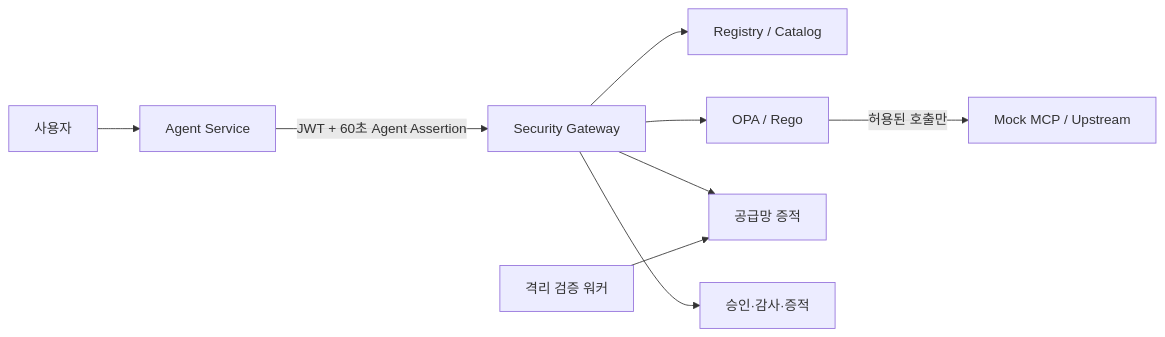
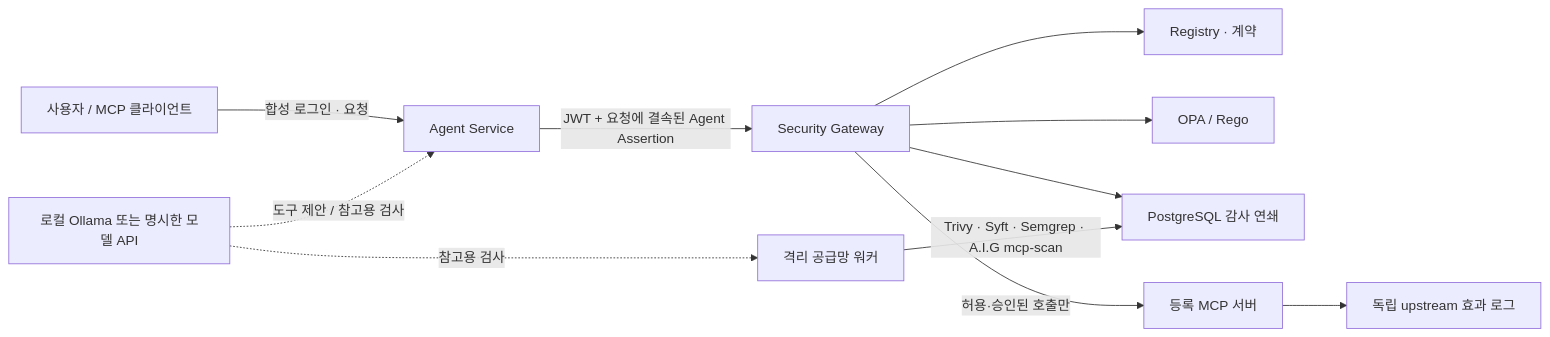
One commit to MCP-governance/mcp-gateway changed the first of 2 diagrams in README.md. Above: the diagram before and after it, drawn with Mermaid. The commit also changed other lines of this file and 21 other files, not shown here.

```diff
--- a/README.md
+++ b/README.md
@@ -59,11 +27,13 @@
 ~~~mermaid
 flowchart LR
-    U[사용자] --> A[Agent Service]
-    A -->|JWT + 60초 Agent Assertion| G[Security Gateway]
-    G --> R[Registry / Catalog]
-    G --> P[OPA / Rego]
-    G --> S[공급망 증적]
-    G --> M[승인·감사·증적]
-    P -->|허용된 호출만| T[Mock MCP / Upstream]
-    W[격리 검증 워커] --> S
+    U["사용자 / MCP 클라이언트"] -->|"합성 로그인 · 요청"| A["Agent Service"]
+    A -->|"JWT + 요청에 결속된 Agent Assertion"| G["Security Gateway"]
+    G --> C["Registry · 계약"]
+    G --> P["OPA / Rego"]
+    G --> D["PostgreSQL 감사 연쇄"]
+    G -->|"허용·승인된 호출만"| M["등록 MCP 서버"]
+    M --> E["독립 upstream 효과 로그"]
+    W["격리 공급망 워커"] -->|"Trivy · Syft · Semgrep · A.I.G mcp-scan"| D
+    L["로컬 Ollama 또는 명시한 모델 API"] -.->|도구 제안 / 참고용 검사| A
+    L -.->|참고용 검사| W
 ~~~
```
